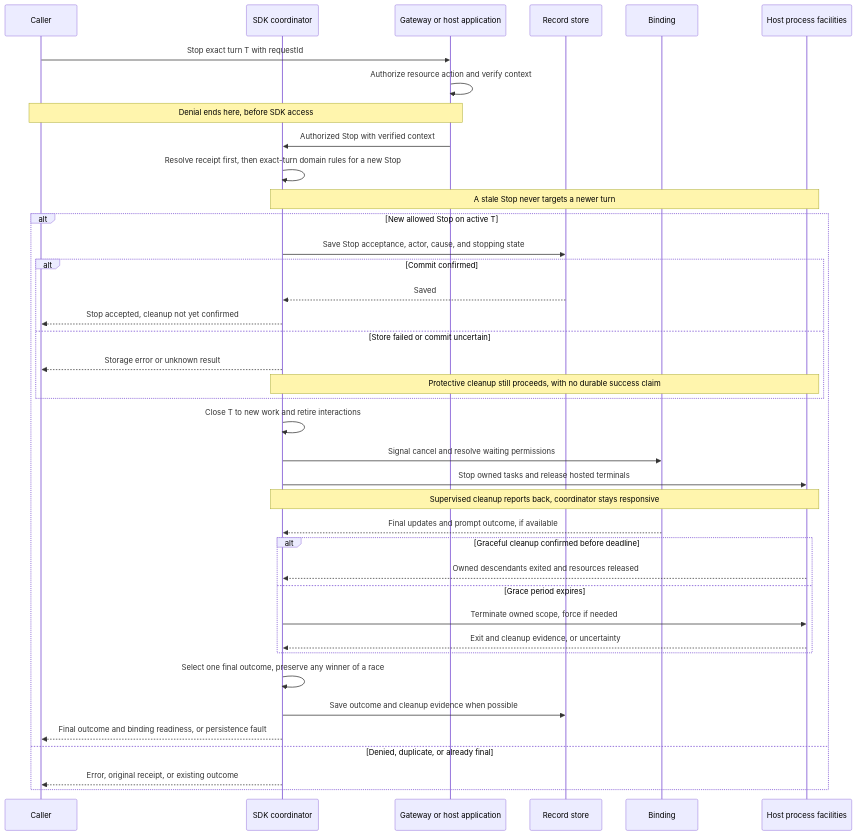
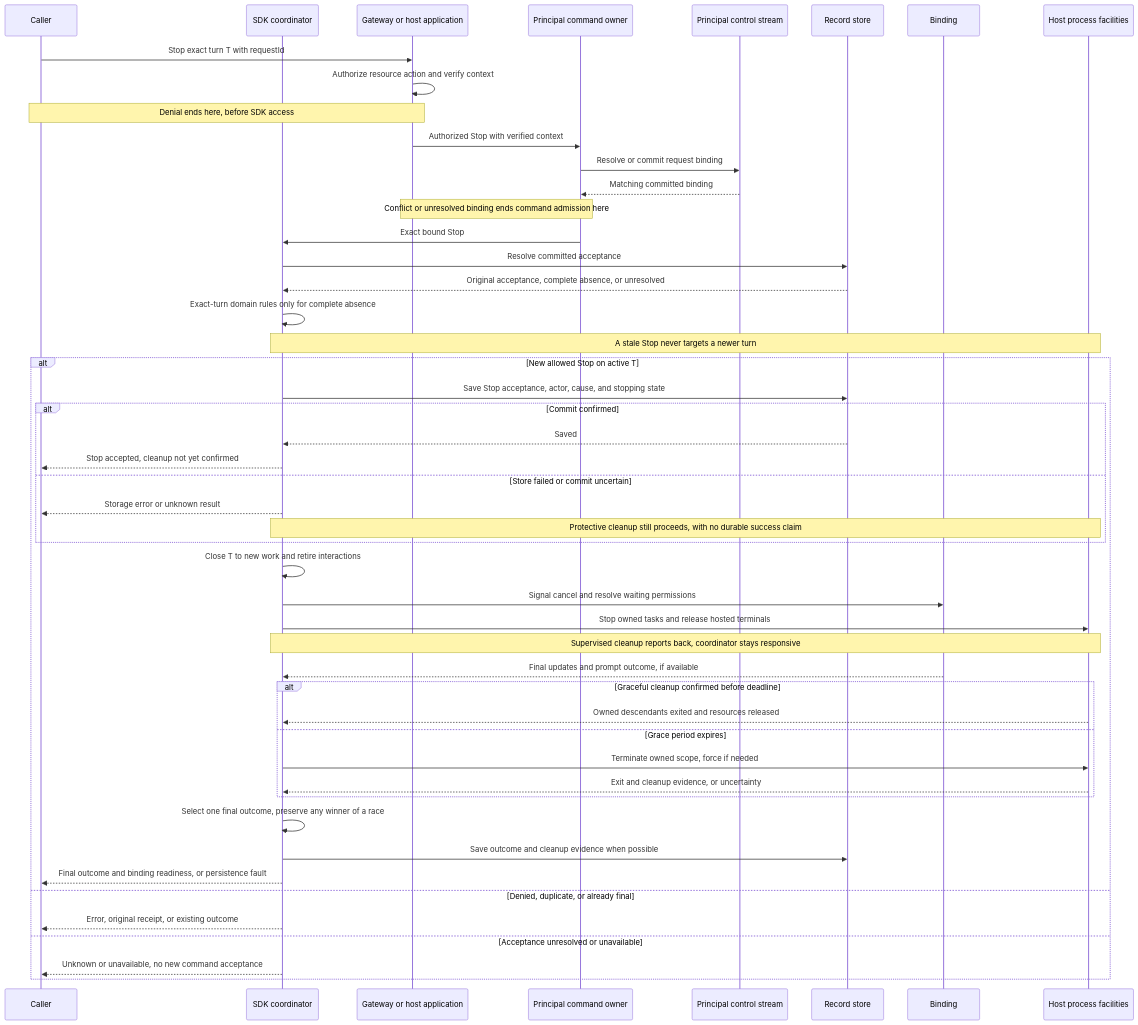
Before and after one commit to nessalabs/nessa-agent: the ninth of 10 diagrams in docs/adr/todo/0008-agent-client-api.md, drawn with Mermaid. The commit also changed other lines of this file and 7 other files, not shown here.

````diff
--- a/docs/adr/todo/0008-agent-client-api.md
+++ b/docs/adr/todo/0008-agent-client-api.md
@@ -610,41 +628,51 @@
 ```mermaid
 sequenceDiagram
     participant C as Caller
     participant R as SDK coordinator
     participant G as Gateway or host application
+    participant I as Principal command owner
+    participant K as Principal control stream
     participant S as Record store
     participant B as Binding
     participant H as Host process facilities
     C->>G: Stop exact turn T with requestId
     G->>G: Authorize resource action and verify context
     Note over C,G: Denial ends here, before SDK access
-    G->>R: Authorized Stop with verified context
-    R->>R: Resolve receipt first, then exact-turn domain rules for a new Stop
+    G->>I: Authorized Stop with verified context
+    I->>K: Resolve or commit request binding
+    K-->>I: Matching committed binding
+    Note over G,I: Conflict or unresolved binding ends command admission here
+    I->>R: Exact bound Stop
+    R->>S: Resolve committed acceptance
+    S-->>R: Original acceptance, complete absence, or unresolved
+    R->>R: Exact-turn domain rules only for complete absence
     Note over R,H: A stale Stop never targets a newer turn
     alt New allowed Stop on active T
         R->>S: Save Stop acceptance, actor, cause, and stopping state
         alt Commit confirmed
             S-->>R: Saved
             R-->>C: Stop accepted, cleanup not yet confirmed
         else Store failed or commit uncertain
             R-->>C: Storage error or unknown result
             Note over R,H: Protective cleanup still proceeds, with no durable success claim
         end
         R->>R: Close T to new work and retire interactions
         R->>B: Signal cancel and resolve waiting permissions
         R->>H: Stop owned tasks and release hosted terminals
         Note over R,H: Supervised cleanup reports back, coordinator stays responsive
         B-->>R: Final updates and prompt outcome, if available
         alt Graceful cleanup confirmed before deadline
             H-->>R: Owned descendants exited and resources released
         else Grace period expires
             R->>H: Terminate owned scope, force if needed
             H-->>R: Exit and cleanup evidence, or uncertainty
         end
         R->>R: Select one final outcome, preserve any winner of a race
         R->>S: Save outcome and cleanup evidence when possible
         R-->>C: Final outcome and binding readiness, or persistence fault
     else Denied, duplicate, or already final
         R-->>C: Error, original receipt, or existing outcome
+    else Acceptance unresolved or unavailable
+        R-->>C: Unknown or unavailable, no new command acceptance
     end
 ```
````
